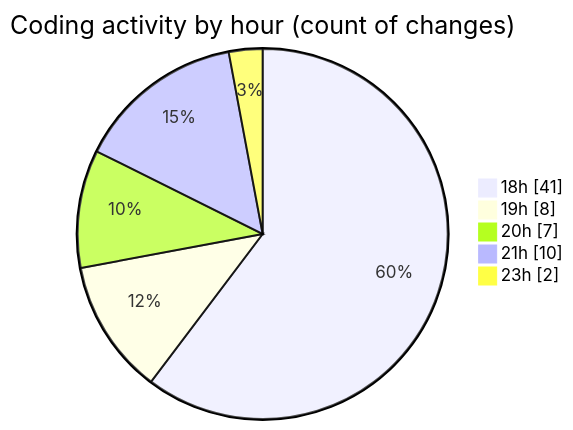
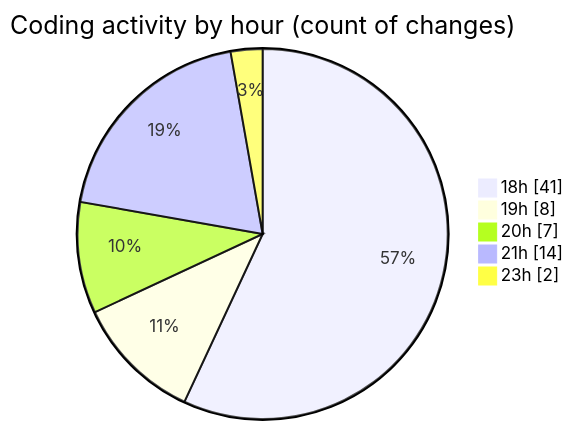
Before and after one commit to Ritupan-Deka/code-tracking: the second of 2 diagrams in 2025-11-01/backend/README.md, drawn with Mermaid. The commit also changed other lines of this file and 1 other file, not shown here.

````diff
--- a/2025-11-01/backend/README.md
+++ b/2025-11-01/backend/README.md
@@ -46,9 +46,9 @@
 ```mermaid
 pie showData
 title Coding activity by hour (count of changes)
 "18h" : 41
 "19h" : 8
 "20h" : 7
-"21h" : 10
+"21h" : 14
 "23h" : 2
 ```
````
